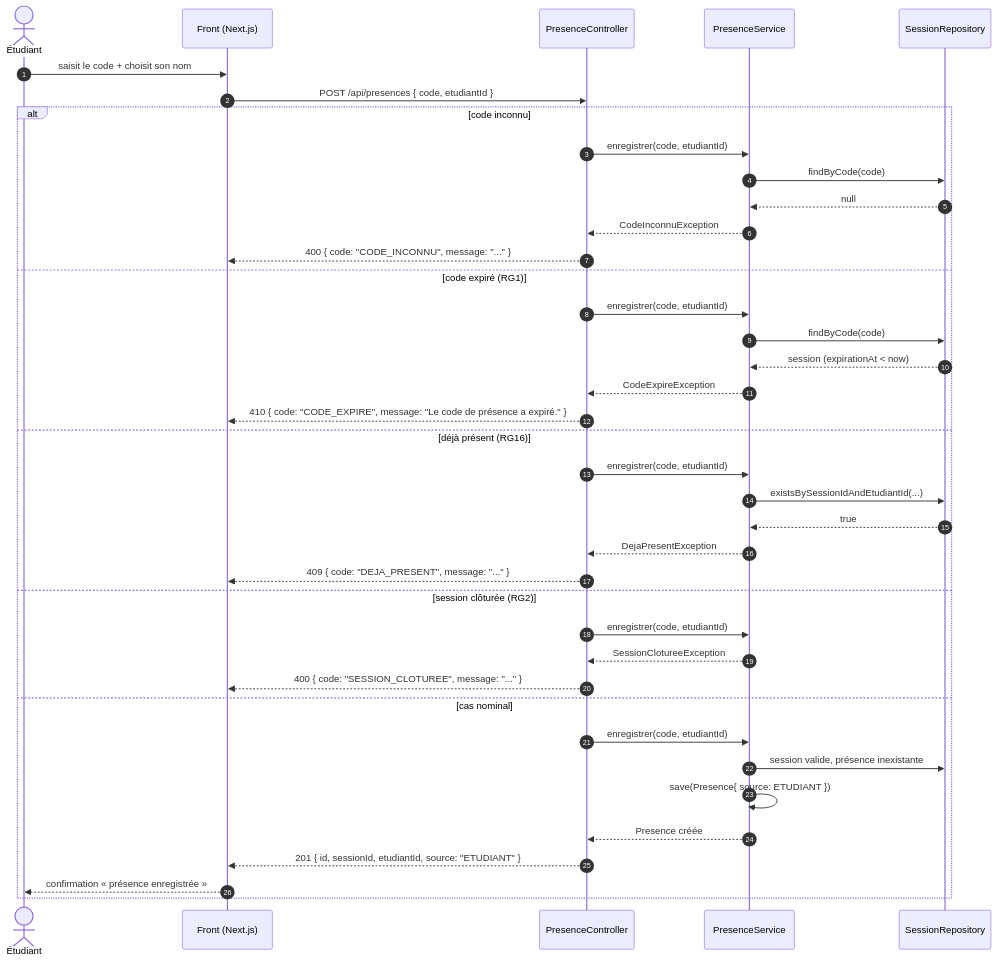
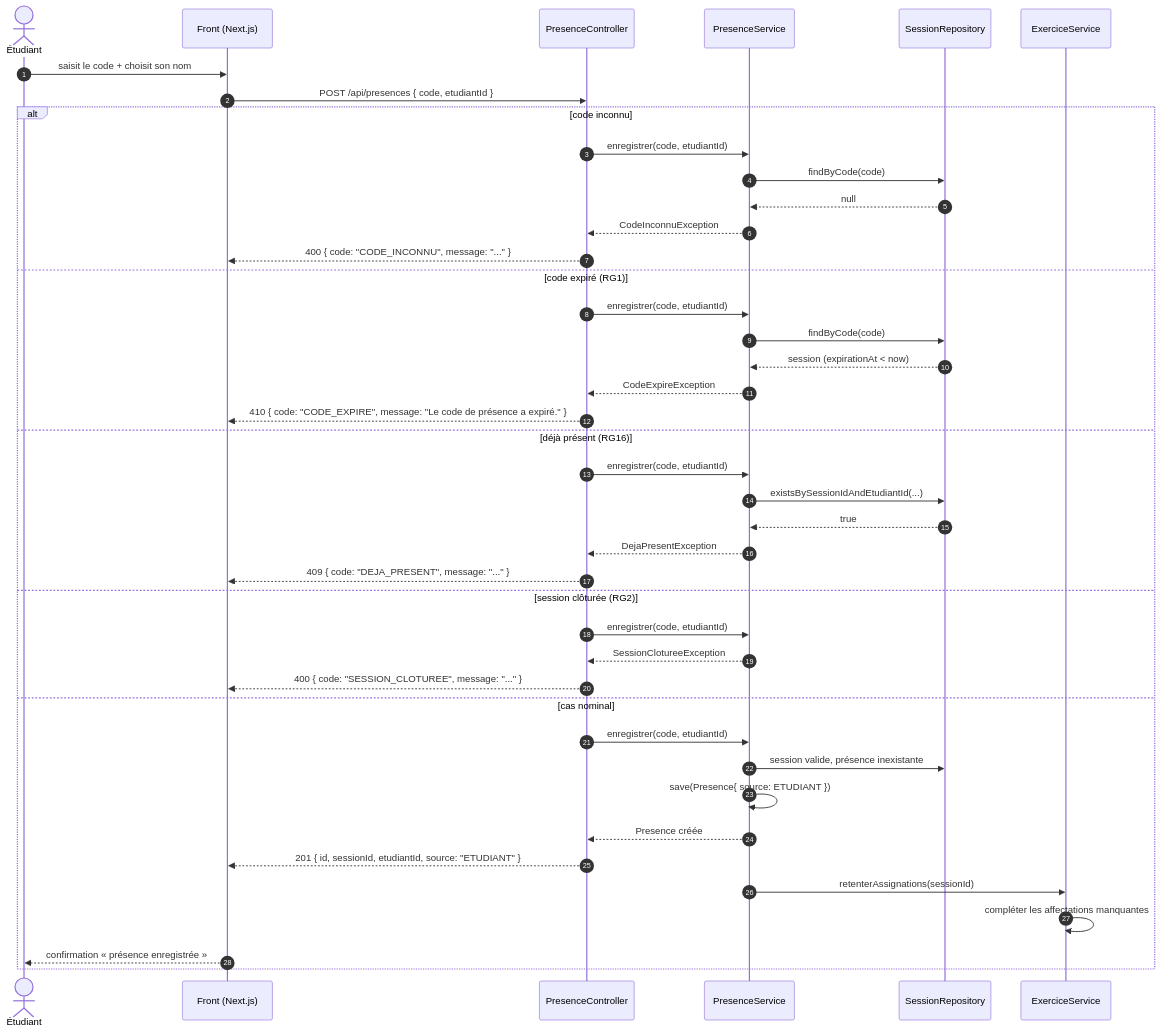
One commit to steph0502/kfokam48-epreuve-258 changed the diagram in docs/diagrammes/D3-sequence-presence.md. Above: the diagram before and after it, drawn with Mermaid. The commit also changed other lines of this file and 5 other files, not shown here.

````diff
--- a/docs/diagrammes/D3-sequence-presence.md
+++ b/docs/diagrammes/D3-sequence-presence.md
@@ -7,43 +7,46 @@
 ```mermaid
 sequenceDiagram
     autonumber
     actor E as Étudiant
     participant F as Front (Next.js)
     participant C as PresenceController
     participant S as PresenceService
     participant R as SessionRepository
+    participant X as ExerciceService
 
     E->>F: saisit le code + choisit son nom
     F->>C: POST /api/presences { code, etudiantId }
 
     alt code inconnu
         C->>S: enregistrer(code, etudiantId)
         S->>R: findByCode(code)
         R-->>S: null
         S-->>C: CodeInconnuException
         C-->>F: 400 { code: "CODE_INCONNU", message: "..." }
     else code expiré (RG1)
         C->>S: enregistrer(code, etudiantId)
         S->>R: findByCode(code)
         R-->>S: session (expirationAt < now)
         S-->>C: CodeExpireException
         C-->>F: 410 { code: "CODE_EXPIRE", message: "Le code de présence a expiré." }
     else déjà présent (RG16)
         C->>S: enregistrer(code, etudiantId)
         S->>R: existsBySessionIdAndEtudiantId(...)
         R-->>S: true
         S-->>C: DejaPresentException
         C-->>F: 409 { code: "DEJA_PRESENT", message: "..." }
     else session clôturée (RG2)
         C->>S: enregistrer(code, etudiantId)
         S-->>C: SessionClotureeException
         C-->>F: 400 { code: "SESSION_CLOTUREE", message: "..." }
     else cas nominal
         C->>S: enregistrer(code, etudiantId)
         S->>R: session valide, présence inexistante
         S->>S: save(Presence{ source: ETUDIANT })
         S-->>C: Presence créée
         C-->>F: 201 { id, sessionId, etudiantId, source: "ETUDIANT" }
+        S->>X: retenterAssignations(sessionId)
+        X->>X: compléter les affectations manquantes
         F-->>E: confirmation « présence enregistrée »
     end
 ```
````
